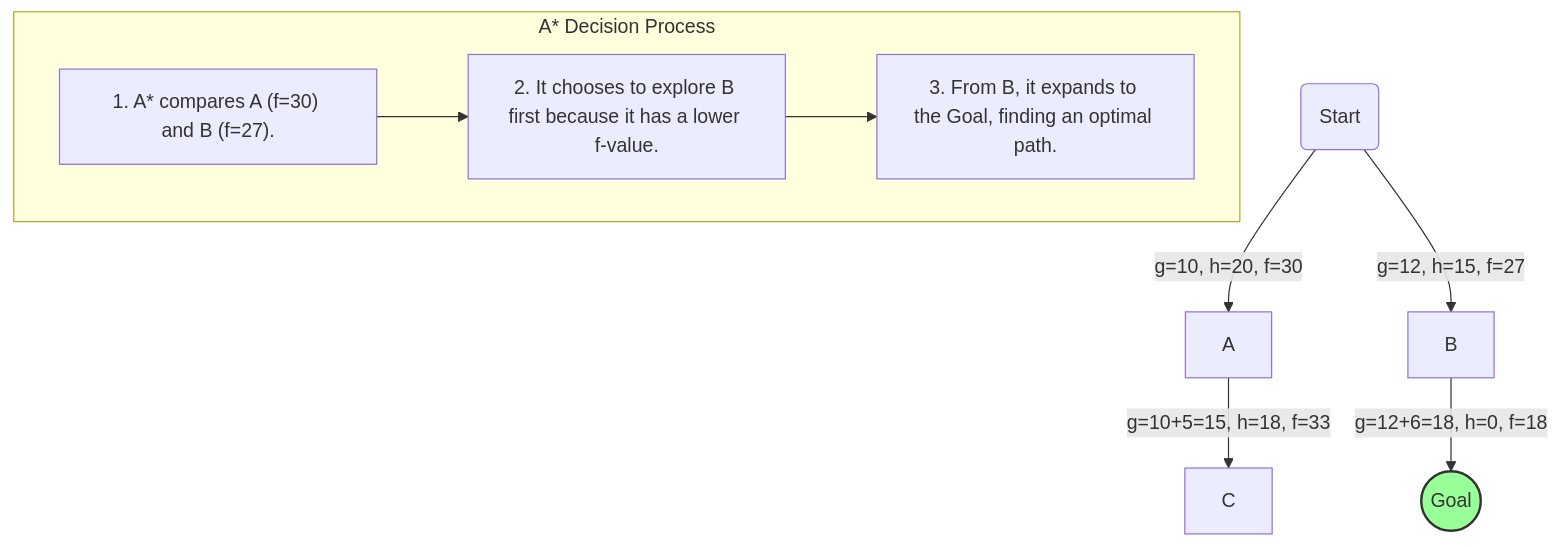
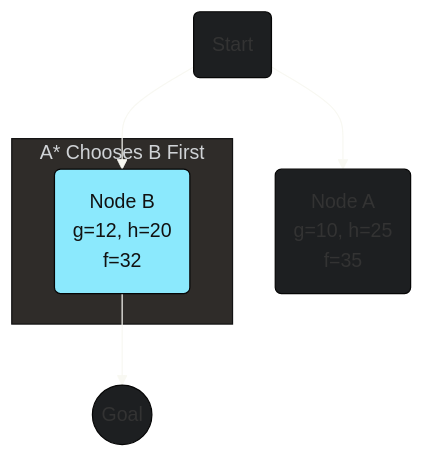
The fourth of 6 diagrams in _posts/2025-08-08-ai-search-algorithms-a-z.md (eltay89/eltay89.github.io), drawn with Mermaid before and after one commit. The commit also changed other lines of this file, not shown here.

````diff
--- a/_posts/2025-08-08-ai-search-algorithms-a-z.md
+++ b/_posts/2025-08-08-ai-search-algorithms-a-z.md
@@ -185,17 +180,14 @@
 ```mermaid
+%%{ init: { 'theme': 'base', 'themeVariables': { 'primaryColor': '#1d1f21', 'lineColor': '#f8f8f2', 'textColor': '#f8f8f2' } } }%%
 graph TD
-    S(Start) -- "g=10, h=20, f=30" --> A
-    S -- "g=12, h=15, f=27" --> B
+    S(Start) --> A("Node A <br> g=10, h=25 <br> f=35")
+    S --> B("Node B <br> g=12, h=20 <br> f=32")
 
-    A -- "g=10+5=15, h=18, f=33" --> C
-    B -- "g=12+6=18, h=0, f=18" --> G((Goal));
-
-    subgraph "A* Decision Process"
-      direction LR
-      L1["1. A* compares A (f=30) and B (f=27)."] -->
-      L2["2. It chooses to explore B first because it has a lower f-value."] -->
-      L3["3. From B, it expands to the Goal, finding an optimal path."]
+    subgraph A* Chooses B First
+        B
     end
     
-    style G fill:#9f9,stroke:#333,stroke-width:2px
+    B --> G((Goal));
+    
+    style B fill:#8be9fd,color:#111;
 ```
````
